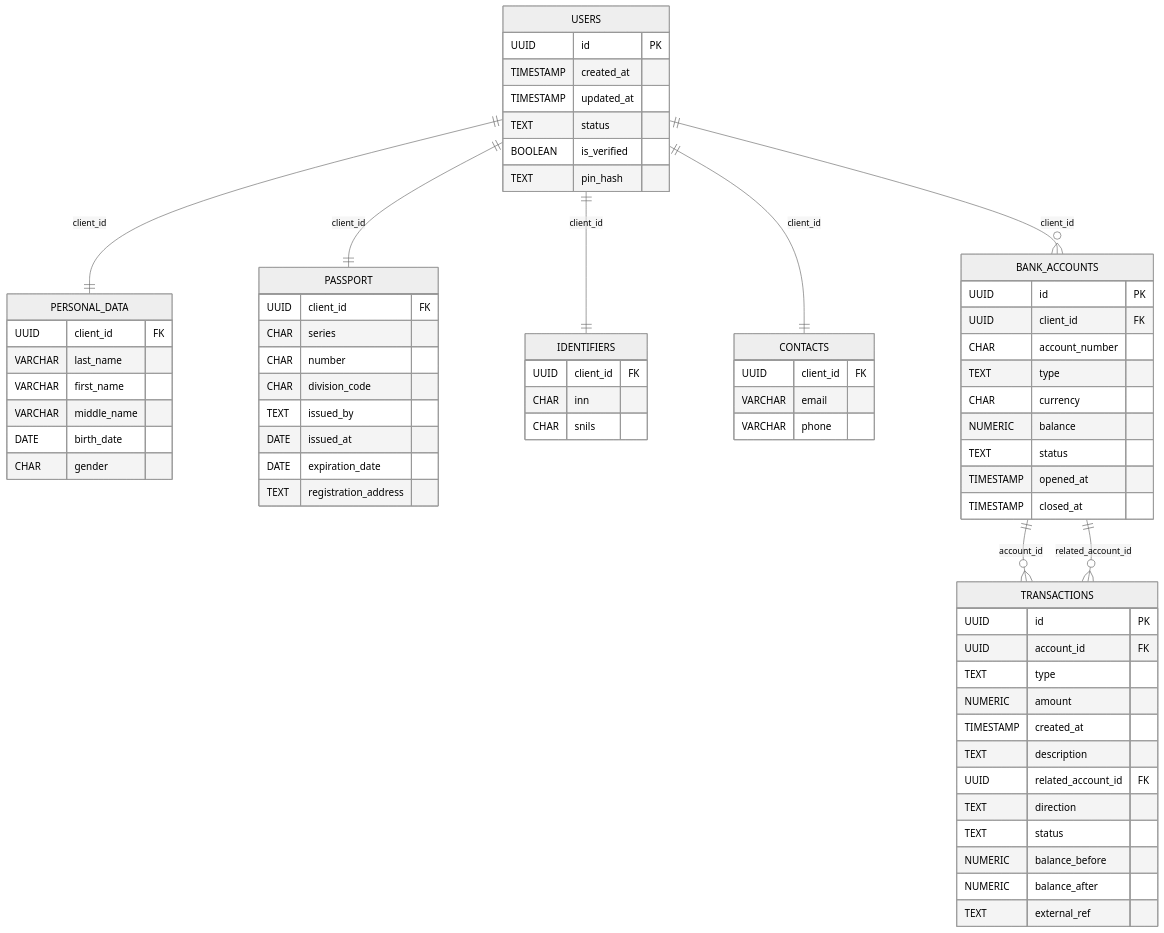
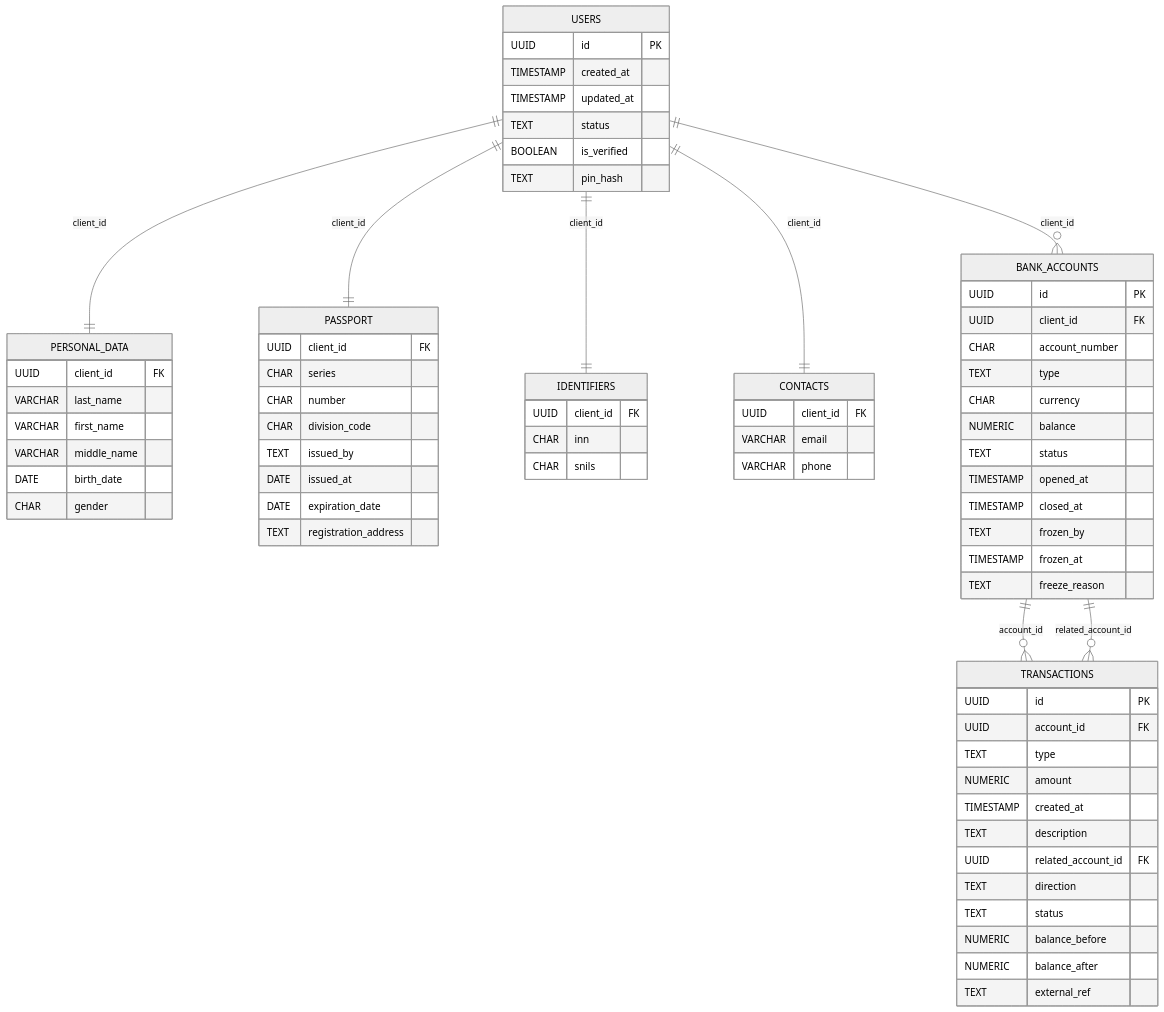
Before and after one commit to Battarey/Bank: the second of 2 diagrams in migrations/README.md, drawn with Mermaid (neutral theme). The commit also changed other lines of this file and 46 other files, not shown here.

`````diff
--- a/migrations/README.md
+++ b/migrations/README.md
@@ -91,72 +94,75 @@
 ````mermaid
 erDiagram
     USERS {
         UUID id PK
         TIMESTAMP created_at
         TIMESTAMP updated_at
         TEXT status
         BOOLEAN is_verified
         TEXT pin_hash
     }
     PERSONAL_DATA {
         UUID client_id FK
         VARCHAR last_name
         VARCHAR first_name
         VARCHAR middle_name
         DATE birth_date
         CHAR gender
     }
     PASSPORT {
         UUID client_id FK
         CHAR series
         CHAR number
         CHAR division_code
         TEXT issued_by
         DATE issued_at
         DATE expiration_date
         TEXT registration_address
     }
     IDENTIFIERS {
         UUID client_id FK
         CHAR inn
         CHAR snils
     }
     CONTACTS {
         UUID client_id FK
         VARCHAR email
         VARCHAR phone
     }
     BANK_ACCOUNTS {
         UUID id PK
         UUID client_id FK
         CHAR account_number
         TEXT type
         CHAR currency
         NUMERIC balance
         TEXT status
         TIMESTAMP opened_at
         TIMESTAMP closed_at
+        TEXT frozen_by
+        TIMESTAMP frozen_at
+        TEXT freeze_reason
     }
     TRANSACTIONS {
         UUID id PK
         UUID account_id FK
         TEXT type
         NUMERIC amount
         TIMESTAMP created_at
         TEXT description
         UUID related_account_id FK
         TEXT direction
         TEXT status
         NUMERIC balance_before
         NUMERIC balance_after
         TEXT external_ref
     }
 
     USERS ||--|| PERSONAL_DATA : "client_id"
     USERS ||--|| PASSPORT : "client_id"
     USERS ||--|| IDENTIFIERS : "client_id"
     USERS ||--|| CONTACTS : "client_id"
     USERS ||--o{ BANK_ACCOUNTS : "client_id"
     BANK_ACCOUNTS ||--o{ TRANSACTIONS : "account_id"
     BANK_ACCOUNTS ||--o{ TRANSACTIONS : "related_account_id"
 ````
`````
